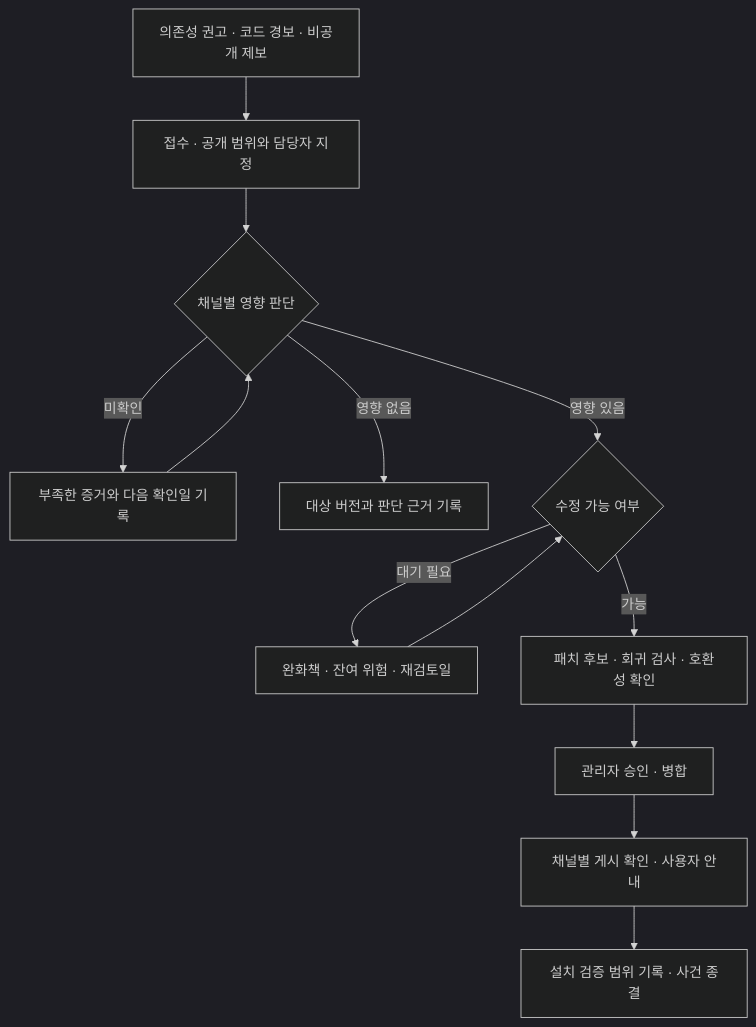
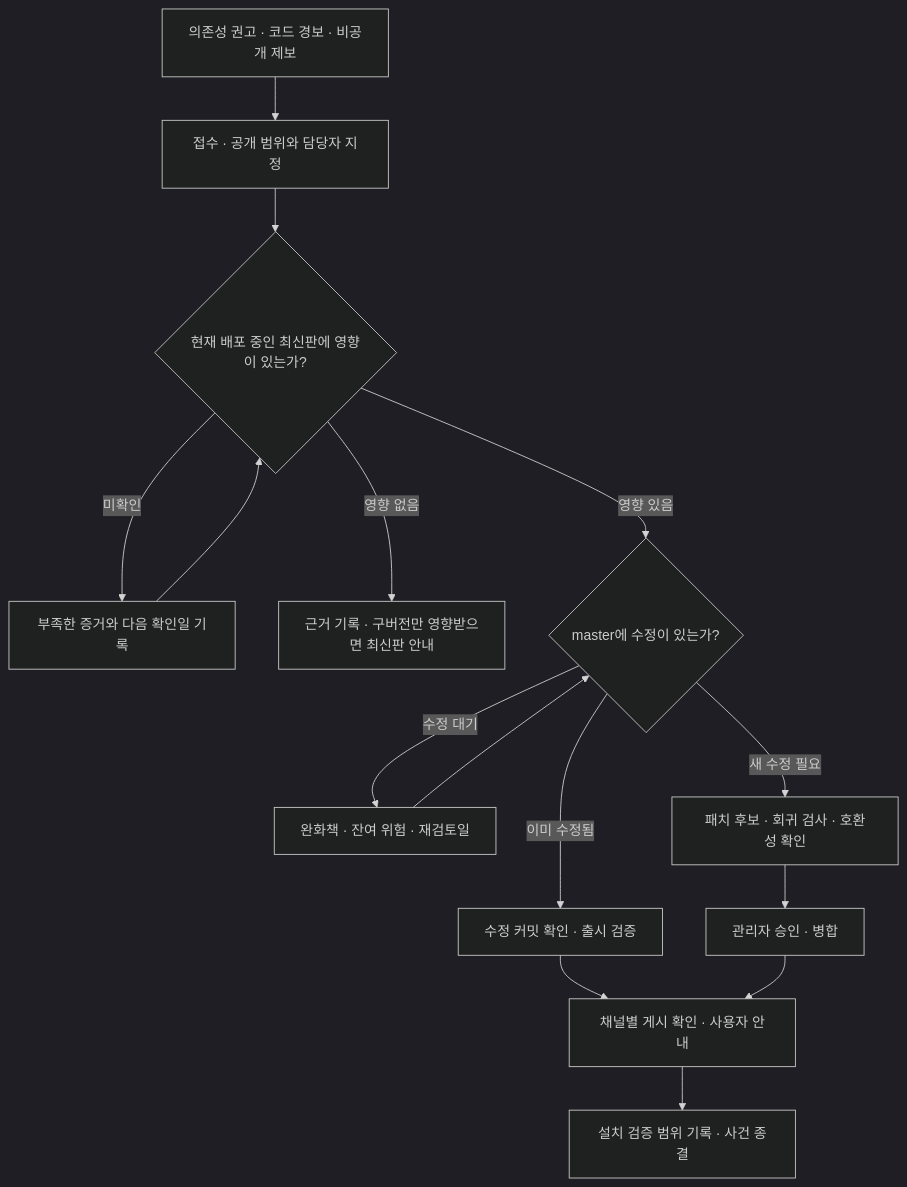
One commit to puritysb/AgentDeck changed the diagram in docs/security-response.ko.md. Above: the diagram before and after it, drawn with Mermaid (dark theme). The commit also changed other lines of this file, not shown here.

Commit message:
docs: distinguish affected versions from the latest supported release

````diff
--- a/docs/security-response.ko.md
+++ b/docs/security-response.ko.md
@@ -9,15 +9,17 @@
 ```mermaid
 flowchart TD
     A["의존성 권고 · 코드 경보 · 비공개 제보"] --> B["접수 · 공개 범위와 담당자 지정"]
-    B --> C{"채널별 영향 판단"}
+    B --> C{"현재 배포 중인 최신판에 영향이 있는가?"}
     C -->|미확인| D["부족한 증거와 다음 확인일 기록"]
     D --> C
-    C -->|영향 없음| E["대상 버전과 판단 근거 기록"]
-    C -->|영향 있음| F{"수정 가능 여부"}
-    F -->|대기 필요| G["완화책 · 잔여 위험 · 재검토일"]
+    C -->|영향 없음| E["근거 기록 · 구버전만 영향받으면 최신판 안내"]
+    C -->|영향 있음| F{"master에 수정이 있는가?"}
+    F -->|이미 수정됨| R["수정 커밋 확인 · 출시 검증"]
+    R --> J
+    F -->|수정 대기| G["완화책 · 잔여 위험 · 재검토일"]
     G --> F
-    F -->|가능| H["패치 후보 · 회귀 검사 · 호환성 확인"]
+    F -->|새 수정 필요| H["패치 후보 · 회귀 검사 · 호환성 확인"]
     H --> I["관리자 승인 · 병합"]
     I --> J["채널별 게시 확인 · 사용자 안내"]
     J --> K["설치 검증 범위 기록 · 사건 종결"]
 ```
````
